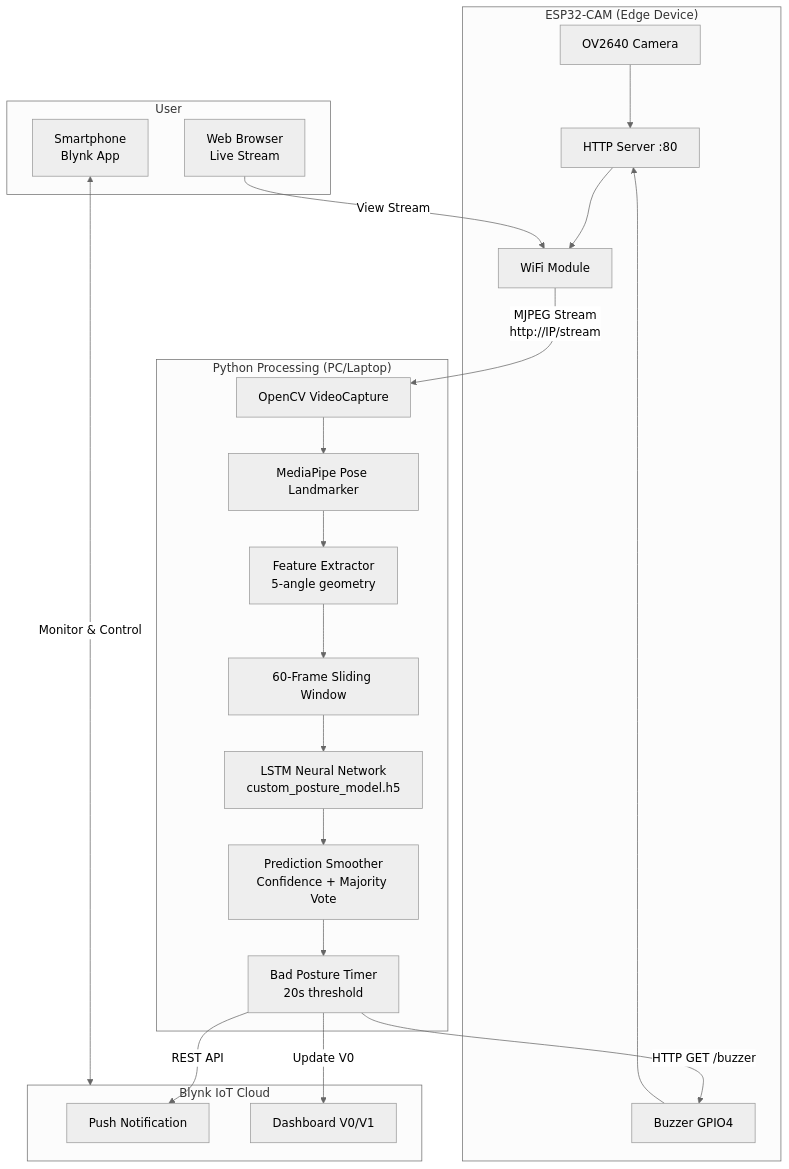
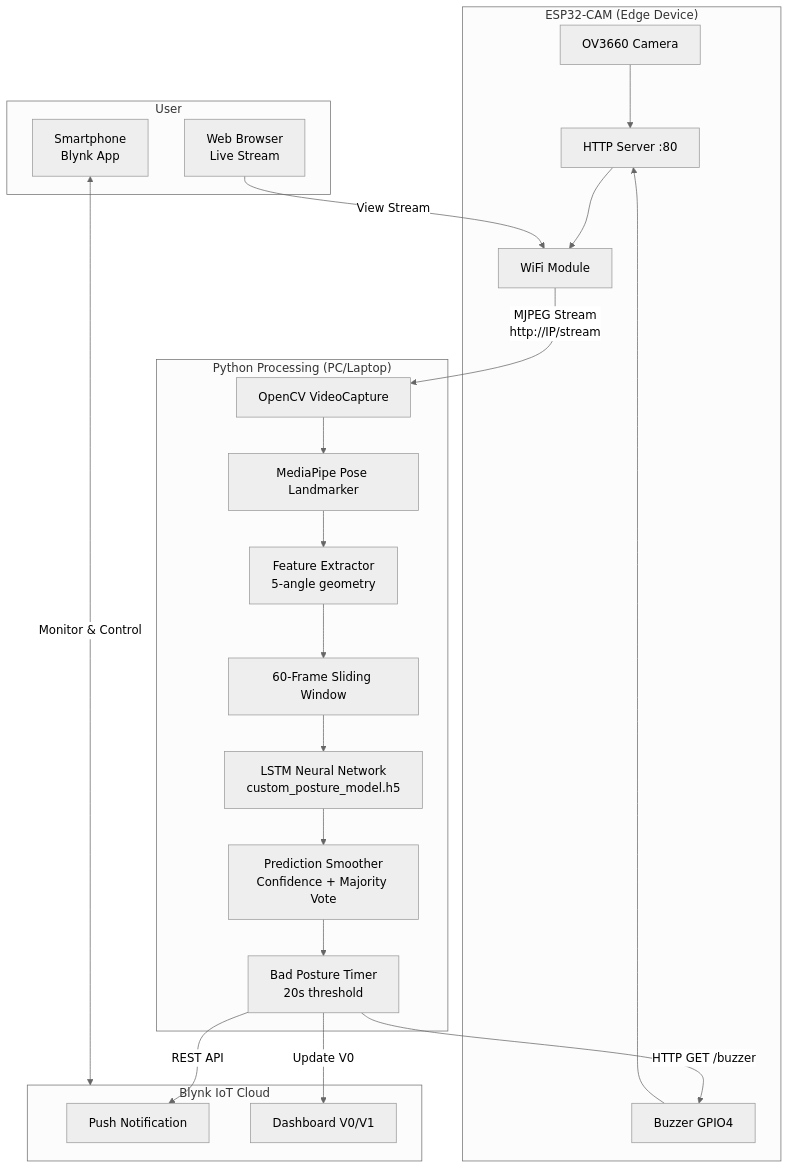
The first of 3 diagrams in README.md (Fatin007/Sitting_Posture_Detection), drawn with Mermaid (neutral theme) before and after one commit. The commit also changed other lines of this file, not shown here.

````diff
--- a/README.md
+++ b/README.md
@@ -26,45 +26,45 @@
 ```mermaid
 flowchart TB
     subgraph Hardware["ESP32-CAM (Edge Device)"]
-        CAM[OV2640 Camera]
+        CAM[OV3660 Camera]
         WIFI[WiFi Module]
         BUZZ[Buzzer GPIO4]
         SRV[HTTP Server :80]
         CAM --> SRV
         SRV --> WIFI
         BUZZ --> SRV
     end
 
     subgraph PC["Python Processing (PC/Laptop)"]
         STREAM[OpenCV VideoCapture]
         MP[MediaPipe Pose Landmarker]
         FE[Feature Extractor<br/>5-angle geometry]
         BUF[60-Frame Sliding Window]
         LSTM[LSTM Neural Network<br/>custom_posture_model.h5]
         SMOOTH[Prediction Smoother<br/>Confidence + Majority Vote]
         TIMER[Bad Posture Timer<br/>20s threshold]
         STREAM --> MP
         MP --> FE
         FE --> BUF
         BUF --> LSTM
         LSTM --> SMOOTH
         SMOOTH --> TIMER
     end
 
     subgraph Cloud["Blynk IoT Cloud"]
         NOTIF[Push Notification]
         DASH[Dashboard V0/V1]
     end
 
     subgraph User["User"]
         PHONE[Smartphone<br/>Blynk App]
         WEB[Web Browser<br/>Live Stream]
     end
 
     WIFI -->|"MJPEG Stream<br/>http://IP/stream"| STREAM
     TIMER -->|"HTTP GET /buzzer"| BUZZ
     TIMER -->|"REST API"| NOTIF
     TIMER -->|"Update V0"| DASH
     PHONE <-->|"Monitor & Control"| Cloud
     WEB -->|"View Stream"| WIFI
 ```
````
